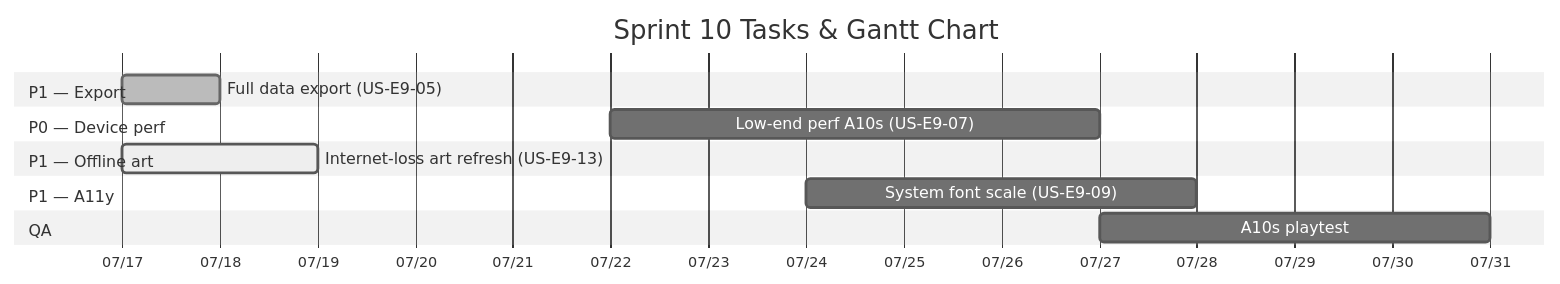
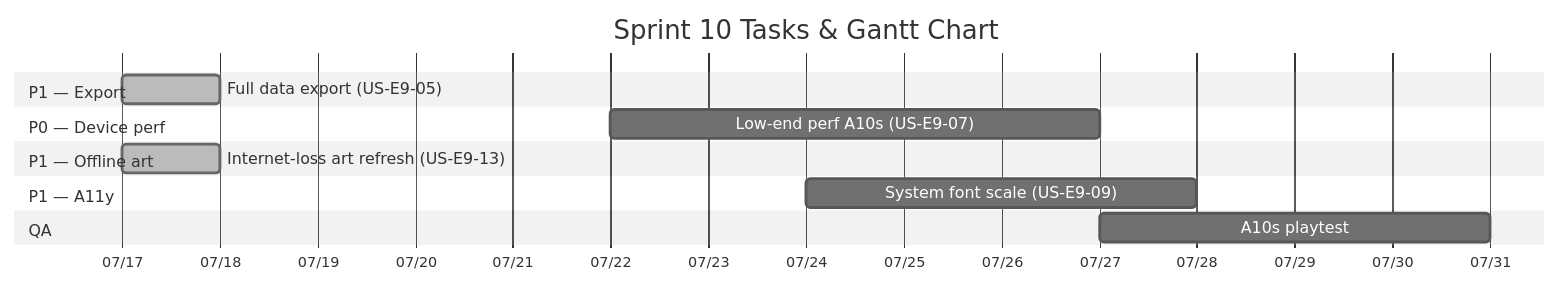
The diagram in docs/agile/sprint-backlogs/sprint-10.md (ChayutChanmueang/mci-cognitive-game-hub-dev-deploy), drawn with Mermaid (neutral theme) before and after one commit. The commit also changed other lines of this file and 9 other files, not shown here.

Commit message:
docs: bump version to 1.1.7 and update changelog for US-E9-13 internet-loss character art refresh; adjust references in documentation

````diff
--- a/docs/agile/sprint-backlogs/sprint-10.md
+++ b/docs/agile/sprint-backlogs/sprint-10.md
@@ -12,16 +12,16 @@
 ```mermaid
 gantt
     title Sprint 10 Tasks & Gantt Chart
     dateFormat  YYYY-MM-DD
     axisFormat  %m/%d
     section P1 — Export
     Full data export (US-E9-05)      :done, t5, 2026-07-17, 1d
     section P0 — Device perf
     Low-end perf A10s (US-E9-07)     :t7, 2026-07-22, 5d
     section P1 — Offline art
-    Internet-loss art refresh (US-E9-13) :active, t13, 2026-07-17, 2d
+    Internet-loss art refresh (US-E9-13) :done, t13, 2026-07-17, 1d
     section P1 — A11y
     System font scale (US-E9-09)     :t9, 2026-07-24, 4d
     section QA
     A10s playtest                    :q1, 2026-07-27, 4d
 ```
````
